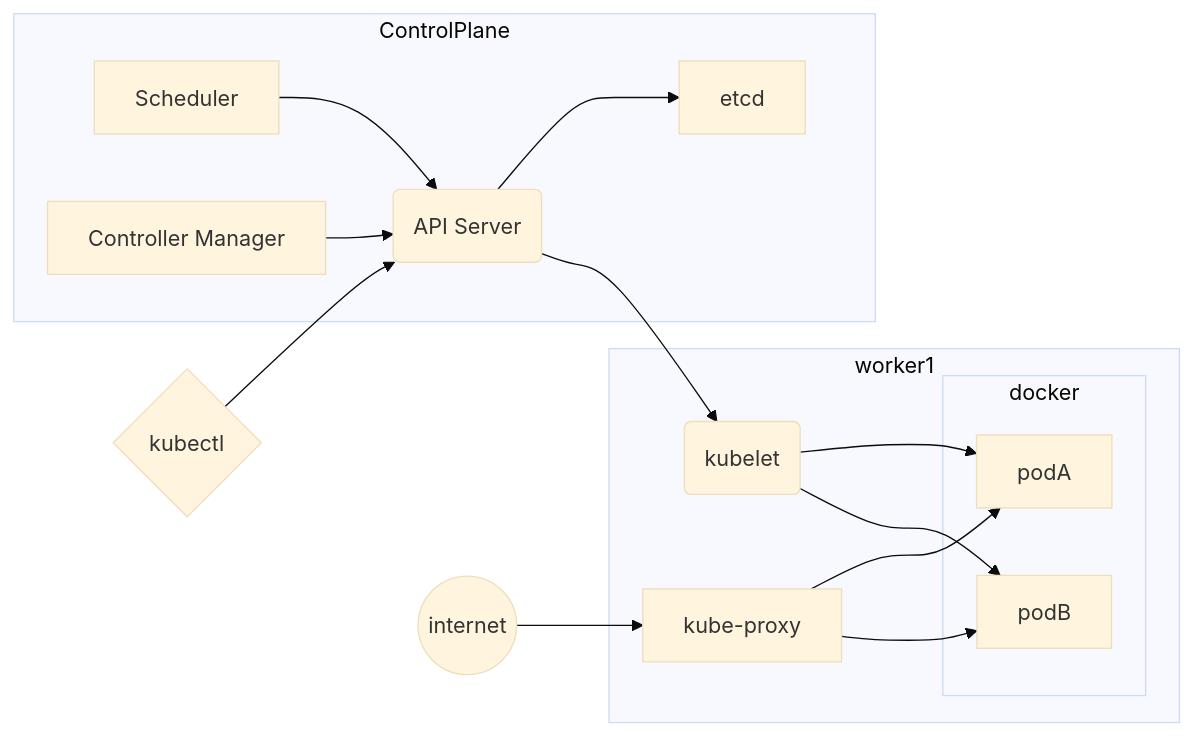
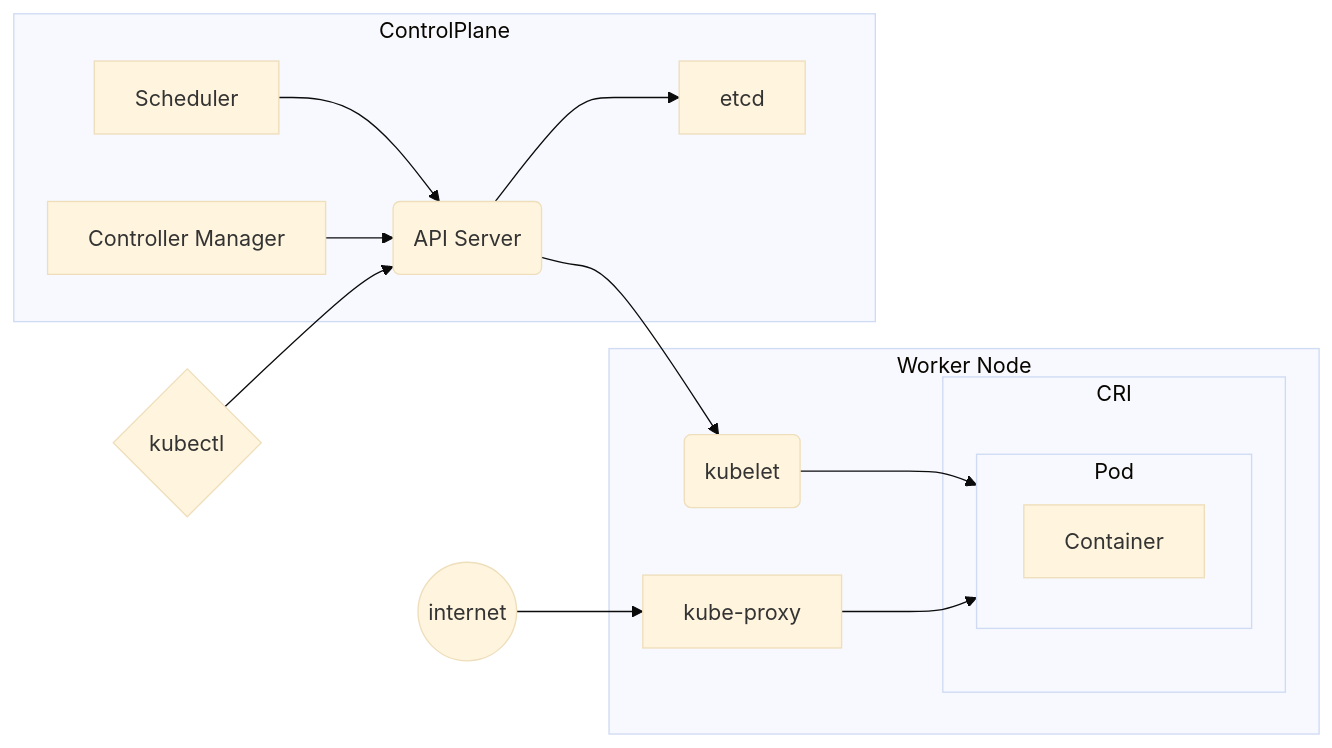
Before and after one commit to cool21540125/documentation-notes: the diagram in DevOps/k8s/k8s_struct.md, drawn with Mermaid (base theme). The commit also changed other lines of this file and 12 other files, not shown here.

````diff
--- a/DevOps/k8s/k8s_struct.md
+++ b/DevOps/k8s/k8s_struct.md
@@ -6,26 +6,27 @@
 ```mermaid
 flowchart LR
 
-subgraph worker1
+subgraph w1["Worker Node"]
     kp["kube-proxy"]
     kt("kubelet")
-    subgraph docker
-        podA
-        podB
+    subgraph CRI
+        subgraph Pod
+            ctn["Container"]
+        end
     end
 
-    kp --> podA; kp --> podB;
-    kt --> podA; kt --> podB;
+    kp --> Pod
+    kt --> Pod
 end
 
 subgraph ControlPlane
     apisrv("API Server")
     apisrv --> etcd;
     Scheduler --> apisrv;
     cm["Controller Manager"] --> apisrv;
 end
 
 kl{"kubectl"} --> apisrv;
 ii(("internet")) --> kp;
 apisrv --> kt;
 ```
````
